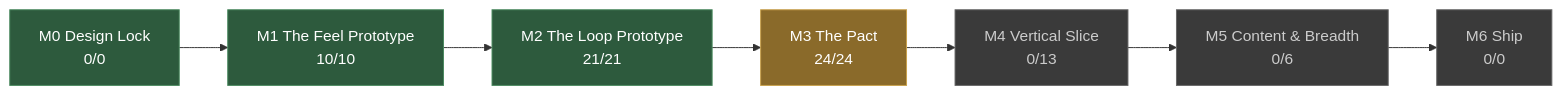
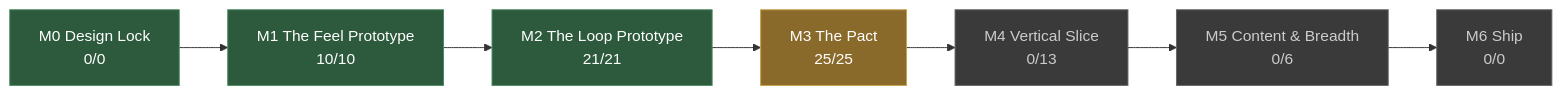
Before and after one commit to JoshuaGessner/she: the diagram in docs/STATUS.md, drawn with Mermaid. The commit also changed other lines of this file and 8 other files, not shown here.

````diff
--- a/docs/STATUS.md
+++ b/docs/STATUS.md
@@ -13,19 +13,19 @@
 ```mermaid
 flowchart LR
   M0["M0 Design Lock<br/>0/0"]:::passed
   M1["M1 The Feel Prototype<br/>10/10"]:::passed
   M0 --> M1
   M2["M2 The Loop Prototype<br/>21/21"]:::passed
   M1 --> M2
-  M3["M3 The Pact<br/>24/24"]:::current
+  M3["M3 The Pact<br/>25/25"]:::current
   M2 --> M3
   M4["M4 Vertical Slice<br/>0/13"]:::ahead
   M3 --> M4
   M5["M5 Content & Breadth<br/>0/6"]:::ahead
   M4 --> M5
   M6["M6 Ship<br/>0/0"]:::ahead
   M5 --> M6
   classDef passed fill:#2d5a3d,stroke:#4a8a5f,color:#fff
   classDef current fill:#8a6a2a,stroke:#c8a04a,color:#fff
   classDef ahead fill:#3a3a3a,stroke:#666,color:#ccc
 ```
````
